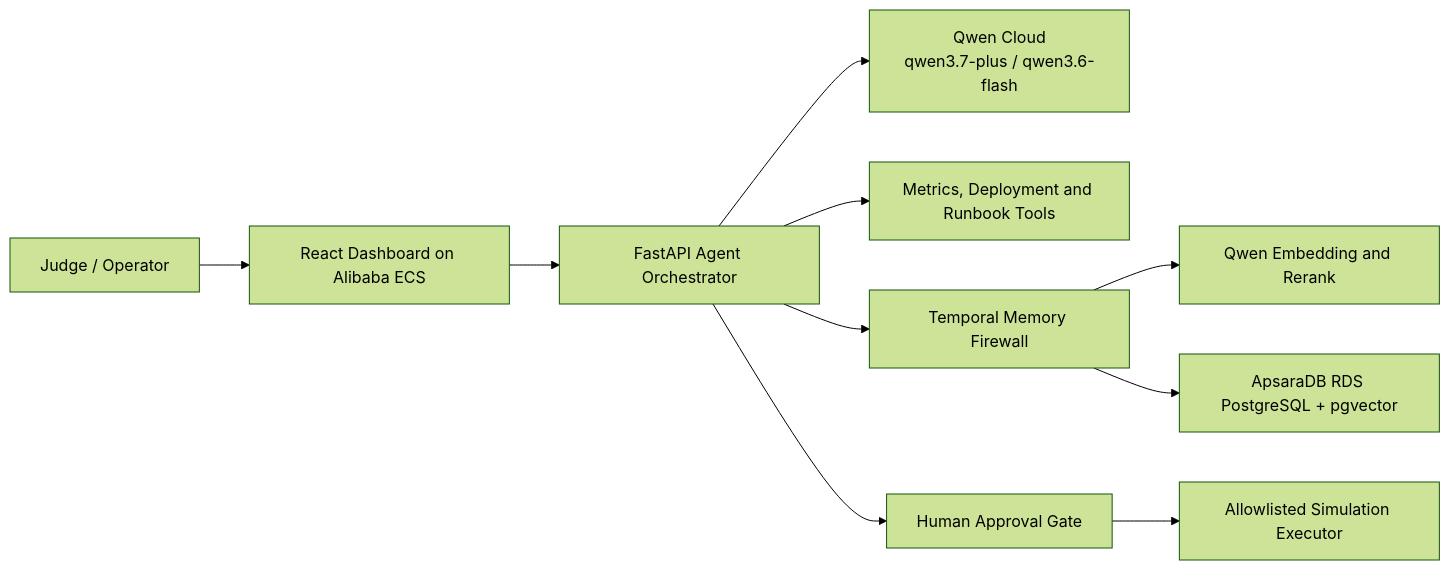
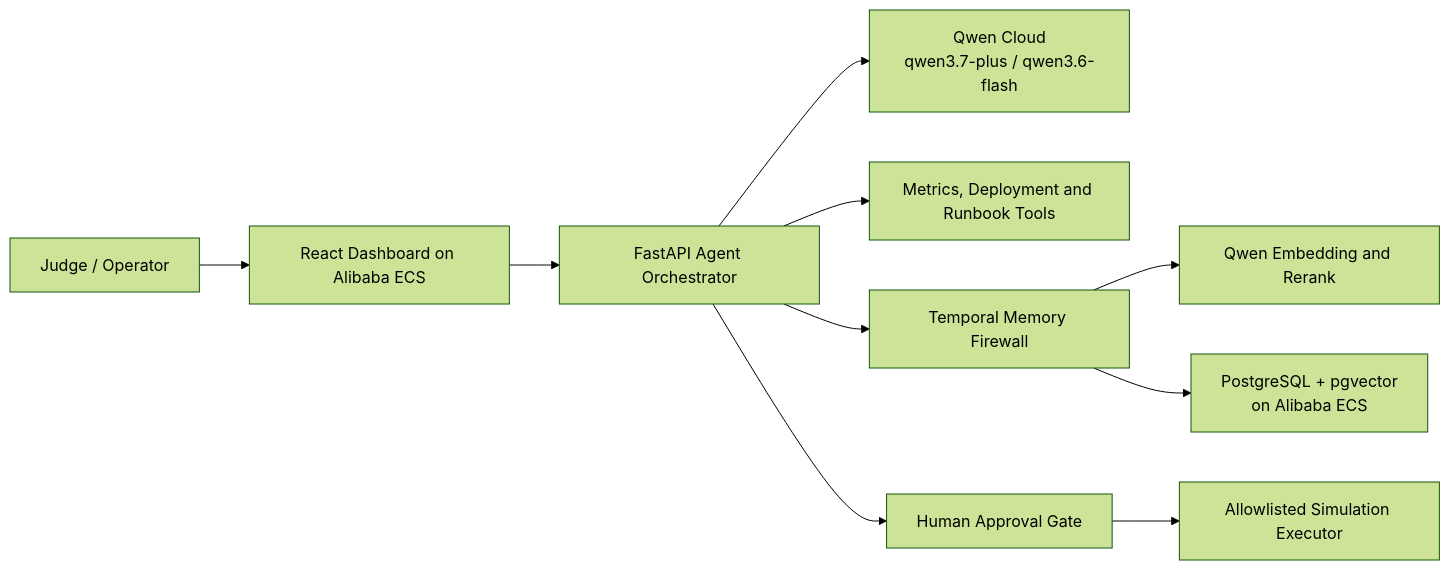
The diagram in docs/architecture.mmd (lewbei/qwen-hackathon-triage-trace), drawn with Mermaid (forest theme) before and after one commit. The commit also changed 9 other files, not shown here.

First line of the commit message:
ECS-only Alibaba deployment: replace RDS with local pgvector and fix CI.

```diff
--- a/docs/architecture.mmd
+++ b/docs/architecture.mmd
@@ -1,10 +1,10 @@
 flowchart LR
     U[Judge / Operator] --> UI[React Dashboard on Alibaba ECS]
     UI --> API[FastAPI Agent Orchestrator]
     API --> Q[Qwen Cloud<br/>qwen3.7-plus / qwen3.6-flash]
     API --> T[Metrics, Deployment and Runbook Tools]
     API --> M[Temporal Memory Firewall]
     M --> E[Qwen Embedding and Rerank]
-    M --> DB[ApsaraDB RDS PostgreSQL + pgvector]
+    M --> DB[PostgreSQL + pgvector<br/>on Alibaba ECS]
     API --> H[Human Approval Gate]
     H --> X[Allowlisted Simulation Executor]
```
